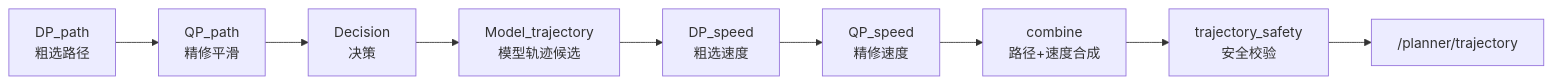
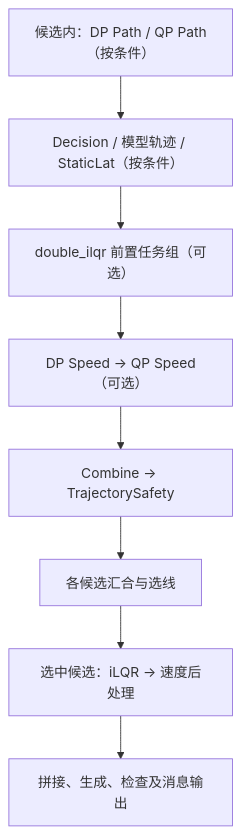
Before and after one commit to Franch-Toast/Scriptorium: the third of 3 diagrams in docs/document/撰修司/E2E架构拆解/07 规划模型：从障碍物到安全轨迹.md, drawn with Mermaid. The commit also changed other lines of this file and 63 other files, not shown here.

````diff
--- a/docs/document/撰修司/E2E架构拆解/07 规划模型：从障碍物到安全轨迹.md
+++ b/docs/document/撰修司/E2E架构拆解/07 规划模型：从障碍物到安全轨迹.md
@@ -97,11 +99,10 @@
 ```mermaid
-flowchart LR
-    A["DP_path<br/>粗选路径"] --> B["QP_path<br/>精修平滑"]
-    B --> C["Decision<br/>决策"]
-    C --> D["Model_trajectory<br/>模型轨迹候选"]
-    D --> E["DP_speed<br/>粗选速度"]
-    E --> F["QP_speed<br/>精修速度"]
-    F --> G["combine<br/>路径+速度合成"]
-    G --> H["trajectory_safety<br/>安全校验"]
-    H --> I["/planner/trajectory"]
+flowchart TB
+    A["候选内：DP Path / QP Path（按条件）"] --> B["Decision / 模型轨迹 / StaticLat（按条件）"]
+    B --> C["double_ilqr 前置任务组（可选）"]
+    C --> D["DP Speed → QP Speed（可选）"]
+    D --> E["Combine → TrajectorySafety"]
+    E --> F["各候选汇合与选线"]
+    F --> G["选中候选：iLQR → 速度后处理"]
+    G --> H["拼接、生成、检查及消息输出"]
 ```
````
